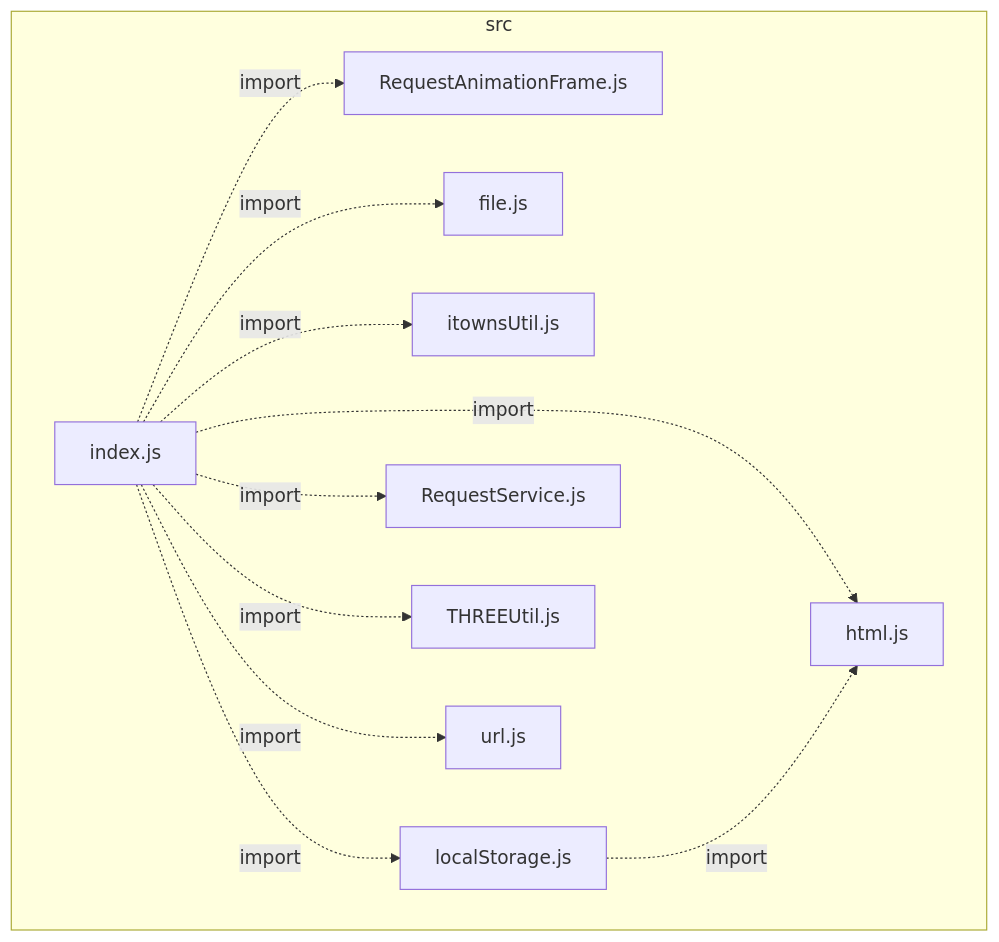
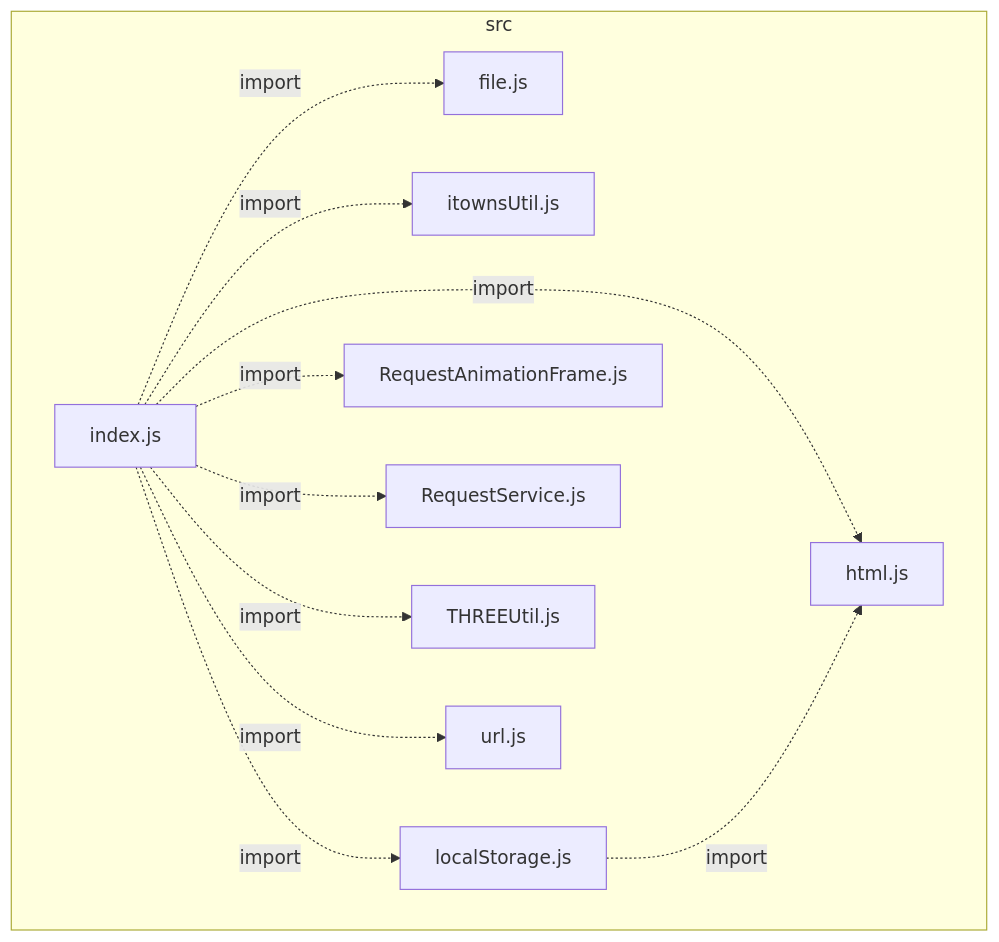
Before and after one commit to VCityTeam/UD-Viz: the diagram in packages/utils_browser/architecture.md, drawn with Mermaid. The commit also changed other lines of this file and 43 other files, not shown here.

````diff
--- a/packages/utils_browser/architecture.md
+++ b/packages/utils_browser/architecture.md
@@ -1,23 +1,23 @@
 ```mermaid
 flowchart
  subgraph IDsrc["src"]
-  IDsrcRequestAnimationFrame2ejs["RequestAnimationFrame.js"]
-  IDsrcRequestService2ejs["RequestService.js"]
-  IDsrcTHREEUtil2ejs["THREEUtil.js"]
   IDsrcFile2ejs["file.js"]
   IDsrcHtml2ejs["html.js"]
   IDsrcIndex2ejs["index.js"]
   IDsrcItownsUtil2ejs["itownsUtil.js"]
   IDsrcLocalStorage2ejs["localStorage.js"]
+  IDsrcRequestAnimationFrame2ejs["RequestAnimationFrame.js"]
+  IDsrcRequestService2ejs["RequestService.js"]
+  IDsrcTHREEUtil2ejs["THREEUtil.js"]
   IDsrcUrl2ejs["url.js"]
  end
 IDsrcIndex2ejs-.->|import|IDsrcFile2ejs
 IDsrcIndex2ejs-.->|import|IDsrcHtml2ejs
 IDsrcIndex2ejs-.->|import|IDsrcItownsUtil2ejs
 IDsrcIndex2ejs-.->|import|IDsrcLocalStorage2ejs
 IDsrcIndex2ejs-.->|import|IDsrcRequestAnimationFrame2ejs
 IDsrcIndex2ejs-.->|import|IDsrcRequestService2ejs
 IDsrcIndex2ejs-.->|import|IDsrcTHREEUtil2ejs
 IDsrcIndex2ejs-.->|import|IDsrcUrl2ejs
 IDsrcLocalStorage2ejs-.->|import|IDsrcHtml2ejs
 ```
````
